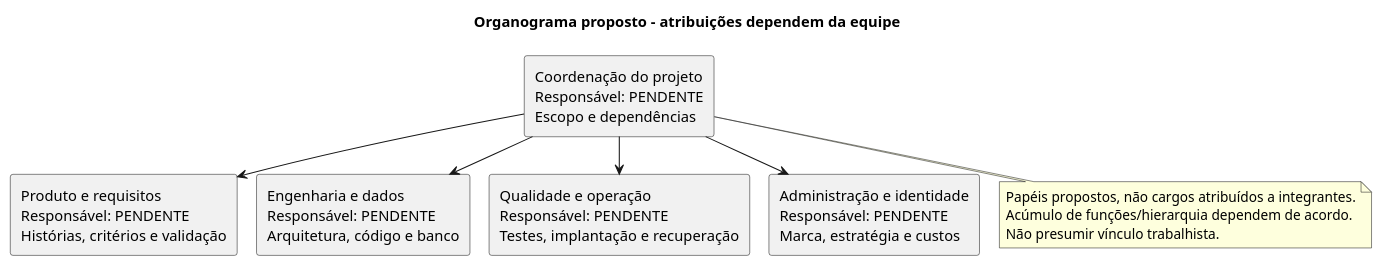
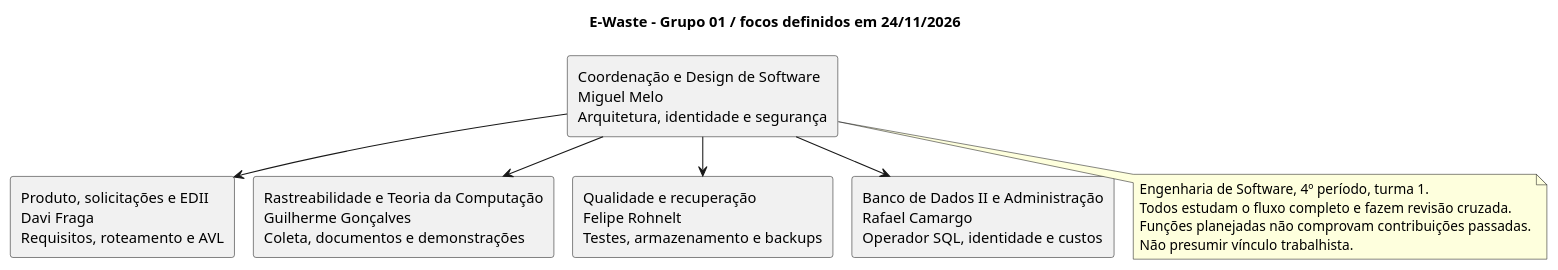
The diagram in docs/uml/organograma.puml (mmsxdev/plataforma-ewaste), drawn with PlantUML before and after one commit. The commit also changed 32 other files, not shown here.

Commit message:
docs(pi): confirma equipe, custos e apresentação dos relatórios

```diff
--- a/docs/uml/organograma.puml
+++ b/docs/uml/organograma.puml
@@ -1,19 +1,20 @@
 @startuml
 !pragma layout smetana
-title Organograma proposto - atribuições dependem da equipe
+title E-Waste - Grupo 01 / focos definidos em 24/11/2026
 top to bottom direction
-rectangle "Coordenação do projeto\nResponsável: PENDENTE\nEscopo e dependências" as Coord
-rectangle "Produto e requisitos\nResponsável: PENDENTE\nHistórias, critérios e validação" as Produto
-rectangle "Engenharia e dados\nResponsável: PENDENTE\nArquitetura, código e banco" as Eng
-rectangle "Qualidade e operação\nResponsável: PENDENTE\nTestes, implantação e recuperação" as QA
-rectangle "Administração e identidade\nResponsável: PENDENTE\nMarca, estratégia e custos" as Admin
+rectangle "Coordenação e Design de Software\nMiguel Melo\nArquitetura, identidade e segurança" as Coord
+rectangle "Produto, solicitações e EDII\nDavi Fraga\nRequisitos, roteamento e AVL" as Produto
+rectangle "Rastreabilidade e Teoria da Computação\nGuilherme Gonçalves\nColeta, documentos e demonstrações" as Rastreio
+rectangle "Qualidade e recuperação\nFelipe Rohnelt\nTestes, armazenamento e backups" as QA
+rectangle "Banco de Dados II e Administração\nRafael Camargo\nOperador SQL, identidade e custos" as Admin
 Coord --> Produto
-Coord --> Eng
+Coord --> Rastreio
 Coord --> QA
 Coord --> Admin
 note bottom of Coord
-Papéis propostos, não cargos atribuídos a integrantes.
-Acúmulo de funções/hierarquia dependem de acordo.
+Engenharia de Software, 4º período, turma 1.
+Todos estudam o fluxo completo e fazem revisão cruzada.
+Funções planejadas não comprovam contribuições passadas.
 Não presumir vínculo trabalhista.
 end note
 @enduml
```
